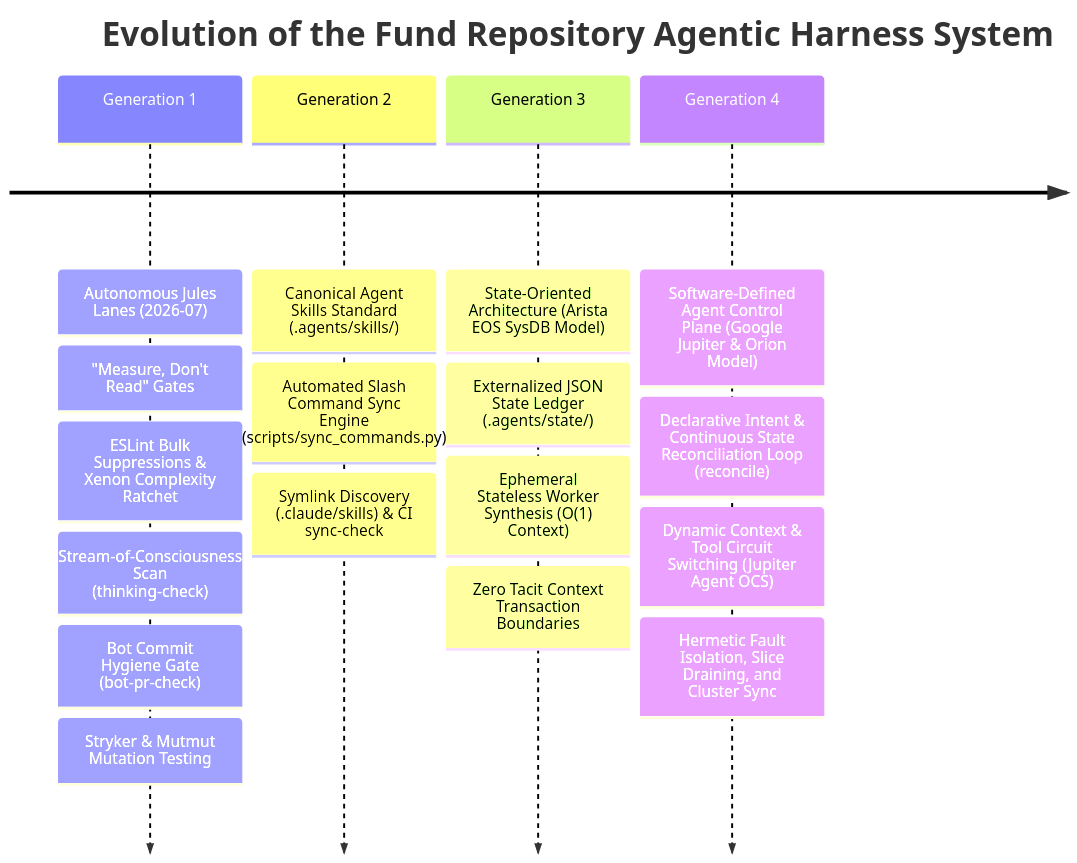
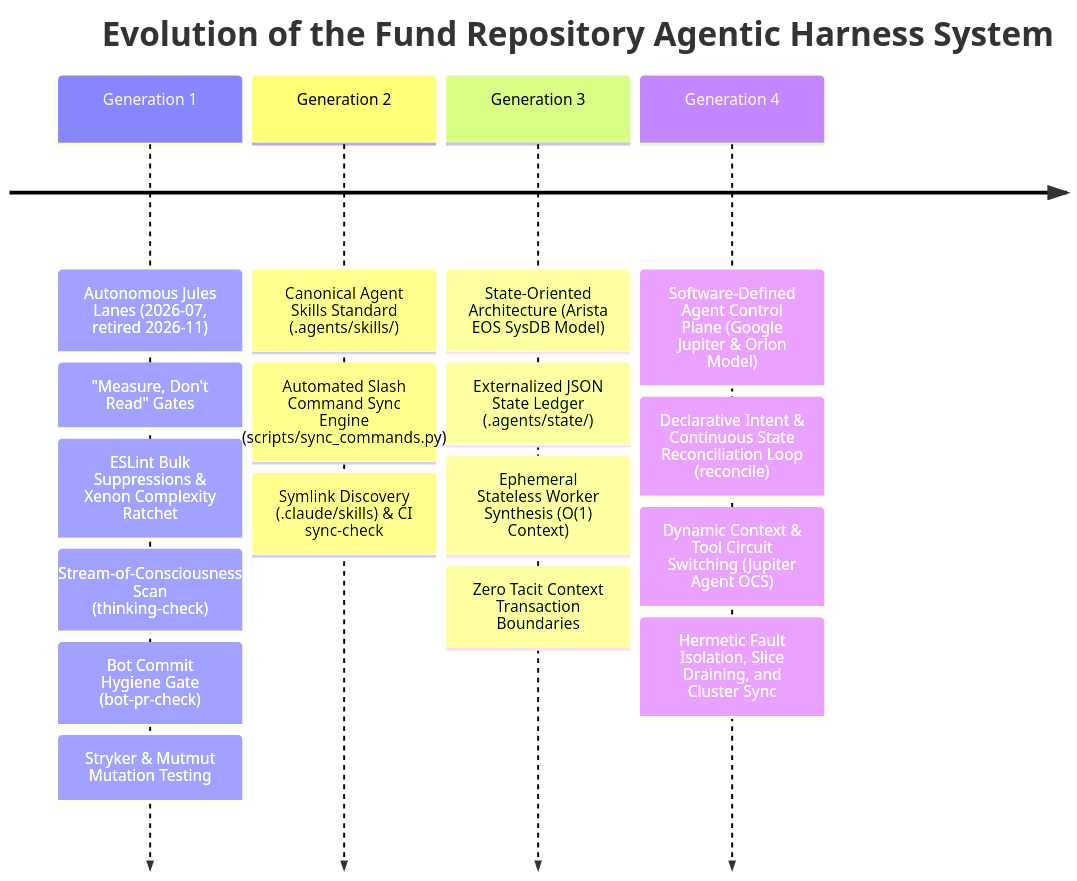
Before and after one commit to ryusoh/fund: the first of 8 diagrams in docs/agentic-harness-architecture.md, drawn with Mermaid. The commit also changed other lines of this file and 23 other files, not shown here.

````diff
--- a/docs/agentic-harness-architecture.md
+++ b/docs/agentic-harness-architecture.md
@@ -13,21 +13,21 @@
 ```mermaid
 timeline
     title Evolution of the Fund Repository Agentic Harness System
-    Generation 1 : Autonomous Jules Lanes (2026-07)
+    Generation 1 : Autonomous Jules Lanes (2026-07, retired 2026-11)
                  : "Measure, Don't Read" Gates
                  : ESLint Bulk Suppressions & Xenon Complexity Ratchet
                  : Stream-of-Consciousness Scan (thinking-check)
                  : Bot Commit Hygiene Gate (bot-pr-check)
                  : Stryker & Mutmut Mutation Testing
     Generation 2 : Canonical Agent Skills Standard (.agents/skills/)
                  : Automated Slash Command Sync Engine (scripts/sync_commands.py)
                  : Symlink Discovery (.claude/skills) & CI sync-check
     Generation 3 : State-Oriented Architecture (Arista EOS SysDB Model)
                  : Externalized JSON State Ledger (.agents/state/)
                  : Ephemeral Stateless Worker Synthesis (O(1) Context)
                  : Zero Tacit Context Transaction Boundaries
     Generation 4 : Software-Defined Agent Control Plane (Google Jupiter & Orion Model)
                  : Declarative Intent & Continuous State Reconciliation Loop (reconcile)
                  : Dynamic Context & Tool Circuit Switching (Jupiter Agent OCS)
                  : Hermetic Fault Isolation, Slice Draining, and Cluster Sync
 ```
````
